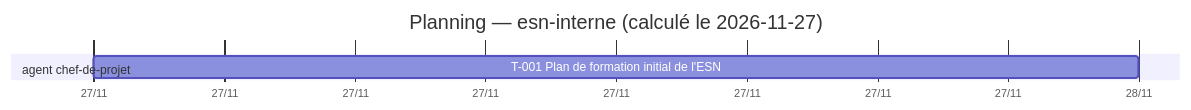
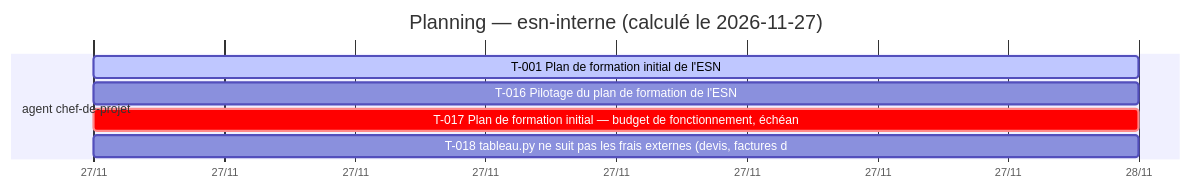
The diagram in projets/esn-interne/TABLEAU.md (LopezMat/tpGestionProjet), drawn with Mermaid before and after one commit. The commit also changed other lines of this file and 22 other files, not shown here.

First line of the commit message:
esn-interne : plan de formation initial (T-001), décision T-017 tracée en DEC-024 (EN_REVUE)

````diff
--- a/projets/esn-interne/TABLEAU.md
+++ b/projets/esn-interne/TABLEAU.md
@@ -59,8 +108,11 @@
 ```mermaid
 gantt
     title Planning — esn-interne (calculé le 2026-11-27)
     dateFormat YYYY-MM-DD
     axisFormat %d/%m
     section agent chef-de-projet
-    T-001 Plan de formation initial de l'ESN :t001, 2026-11-27, 2026-11-28
+    T-001 Plan de formation initial de l'ESN :active, t001, 2026-11-27, 2026-11-28
+    T-016 Pilotage du plan de formation de l'ESN :t016, 2026-11-27, 2026-11-28
+    T-017 Plan de formation initial — budget de fonctionnement, échéan :crit, t017, 2026-11-27, 2026-11-28
+    T-018 tableau.py ne suit pas les frais externes (devis, factures d :t018, 2026-11-27, 2026-11-28
 ```
````
